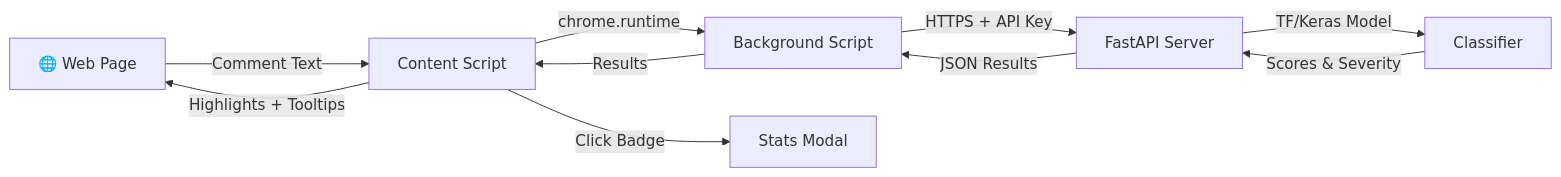
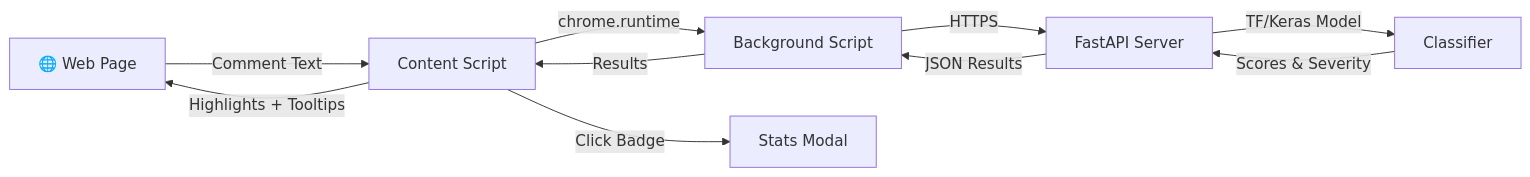
Before and after one commit to am-govind/Toxic_Comment_Classifier: the diagram in README.md, drawn with Mermaid. The commit also changed other lines of this file and 1 other file, not shown here.

````diff
--- a/README.md
+++ b/README.md
@@ -41,12 +41,12 @@
 ```mermaid
 graph LR
     A[🌐 Web Page] -->|Comment Text| B[Content Script]
     B -->|chrome.runtime| C[Background Script]
-    C -->|HTTPS + API Key| D[FastAPI Server]
+    C -->|HTTPS| D[FastAPI Server]
     D -->|TF/Keras Model| E[Classifier]
     E -->|Scores & Severity| D
     D -->|JSON Results| C
     C -->|Results| B
     B -->|Highlights + Tooltips| A
     B -->|Click Badge| F[Stats Modal]
 ```
````
